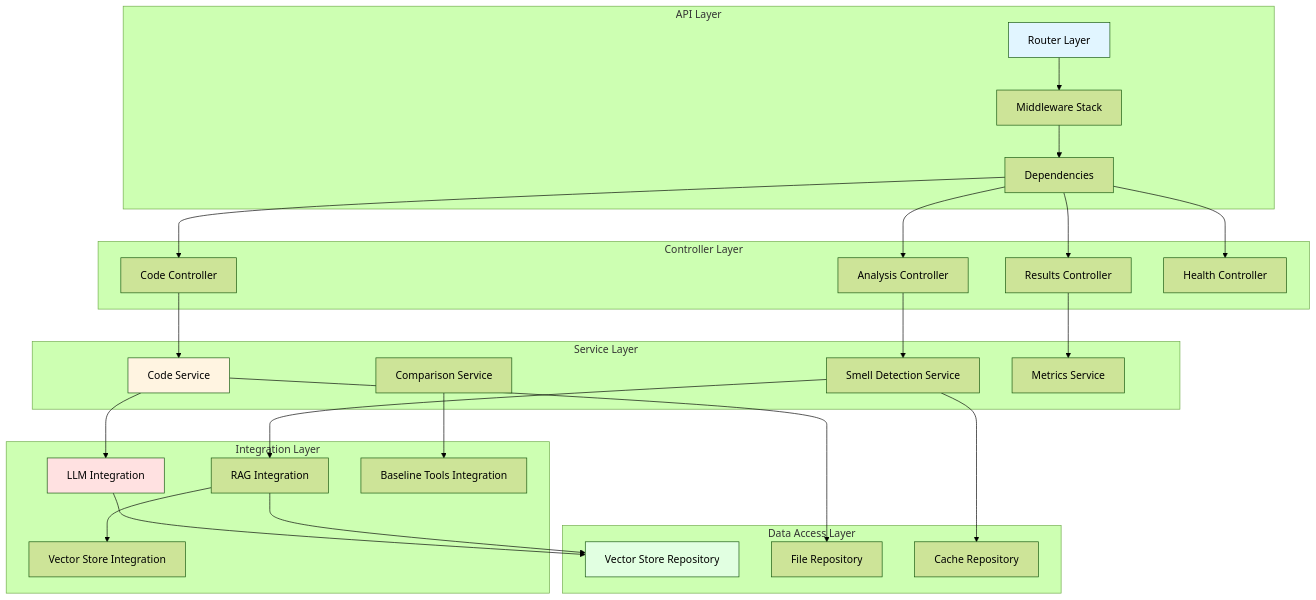
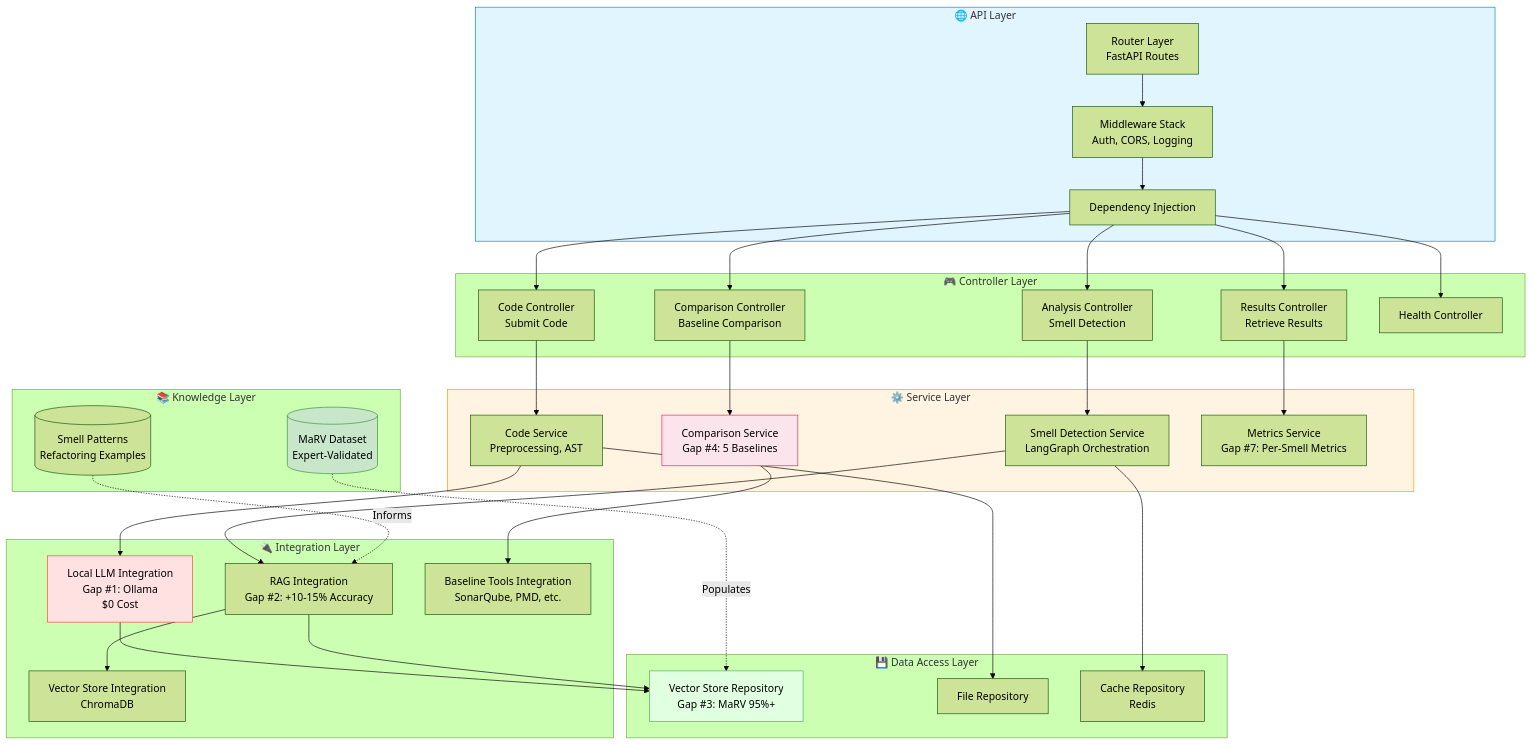
The diagram in docs/architecture/BACKEND_ARCHITECTURE.md (bibekgupta3333/code-smell), drawn with Mermaid (forest theme) before and after one commit. The commit also changed other lines of this file and 3 other files, not shown here.

Commit message:
updating architecture documentation

````diff
--- a/docs/architecture/BACKEND_ARCHITECTURE.md
+++ b/docs/architecture/BACKEND_ARCHITECTURE.md
@@ -11,61 +14,74 @@
 ```mermaid
 graph TB
-    subgraph "API Layer"
-        Router[Router Layer]
-        Middleware[Middleware Stack]
-        Dependencies[Dependencies]
+    subgraph API["🌐 API Layer"]
+        Router[Router Layer<br/>FastAPI Routes]
+        Middleware[Middleware Stack<br/>Auth, CORS, Logging]
+        Dependencies[Dependency Injection]
     end
     
-    subgraph "Controller Layer"
-        CodeController[Code Controller]
-        AnalysisController[Analysis Controller]
-        ResultsController[Results Controller]
+    subgraph Controller["🎮 Controller Layer"]
+        CodeController[Code Controller<br/>Submit Code]
+        AnalysisController[Analysis Controller<br/>Smell Detection]
+        ResultsController[Results Controller<br/>Retrieve Results]
+        ComparisonController[Comparison Controller<br/>Baseline Comparison]
         HealthController[Health Controller]
     end
     
-    subgraph "Service Layer"
-        CodeService[Code Service]
-        SmellDetectionService[Smell Detection Service]
-        ComparisonService[Comparison Service]
-        MetricsService[Metrics Service]
+    subgraph Service["⚙️ Service Layer"]
+        CodeService[Code Service<br/>Preprocessing, AST]
+        SmellDetectionService[Smell Detection Service<br/>LangGraph Orchestration]
+        ComparisonService[Comparison Service<br/>Gap #4: 5 Baselines]
+        MetricsService[Metrics Service<br/>Gap #7: Per-Smell Metrics]
     end
     
-    subgraph "Integration Layer"
-        LLMIntegration[LLM Integration]
-        RAGIntegration[RAG Integration]
-        VectorStoreIntegration[Vector Store Integration]
-        BaselineToolsIntegration[Baseline Tools Integration]
+    subgraph Integration["🔌 Integration Layer"]
+        LLMIntegration[Local LLM Integration<br/>Gap #1: Ollama<br/>$0 Cost]
+        RAGIntegration[RAG Integration<br/>Gap #2: +10-15% Accuracy]
+        VectorStoreIntegration[Vector Store Integration<br/>ChromaDB]
+        BaselineToolsIntegration[Baseline Tools Integration<br/>SonarQube, PMD, etc.]
     end
     
-    subgraph "Data Access Layer"
-        VectorStoreRepo[Vector Store Repository]
+    subgraph Data["💾 Data Access Layer"]
+        VectorStoreRepo[Vector Store Repository<br/>Gap #3: MaRV 95%+]
         FileRepo[File Repository]
-        CacheRepo[Cache Repository]
+        CacheRepo[Cache Repository<br/>Redis]
+    end
+    
+    subgraph Knowledge["📚 Knowledge Layer"]
+        MaRV[(MaRV Dataset<br/>Expert-Validated)]
+        SmellPatterns[(Smell Patterns<br/>Refactoring Examples)]
     end
     
     Router --> Middleware
     Middleware --> Dependencies
     Dependencies --> CodeController
     Dependencies --> AnalysisController
     Dependencies --> ResultsController
+    Dependencies --> ComparisonController
     Dependencies --> HealthController
     
     CodeController --> CodeService
     AnalysisController --> SmellDetectionService
     ResultsController --> MetricsService
+    ComparisonController --> ComparisonService
     
     CodeService --> LLMIntegration
     SmellDetectionService --> RAGIntegration
     ComparisonService --> BaselineToolsIntegration
     
     RAGIntegration --> VectorStoreIntegration
     LLMIntegration --> VectorStoreRepo
     RAGIntegration --> VectorStoreRepo
     CodeService --> FileRepo
     SmellDetectionService --> CacheRepo
     
-    style Router fill:#e1f5ff
-    style CodeService fill:#fff4e1
-    style LLMIntegration fill:#ffe1e1
-    style VectorStoreRepo fill:#e1ffe1
+    MaRV -.->|Populates| VectorStoreRepo
+    SmellPatterns -.->|Informs| RAGIntegration
+    
+    style API fill:#e1f5ff,stroke:#0288d1
+    style Service fill:#fff4e1,stroke:#ff9800
+    style LLMIntegration fill:#ffe1e1,stroke:#f44336
+    style VectorStoreRepo fill:#e1ffe1,stroke:#4caf50
+    style MaRV fill:#c8e6c9,stroke:#388e3c
+    style ComparisonService fill:#fce4ec,stroke:#e91e63
 ```
````
